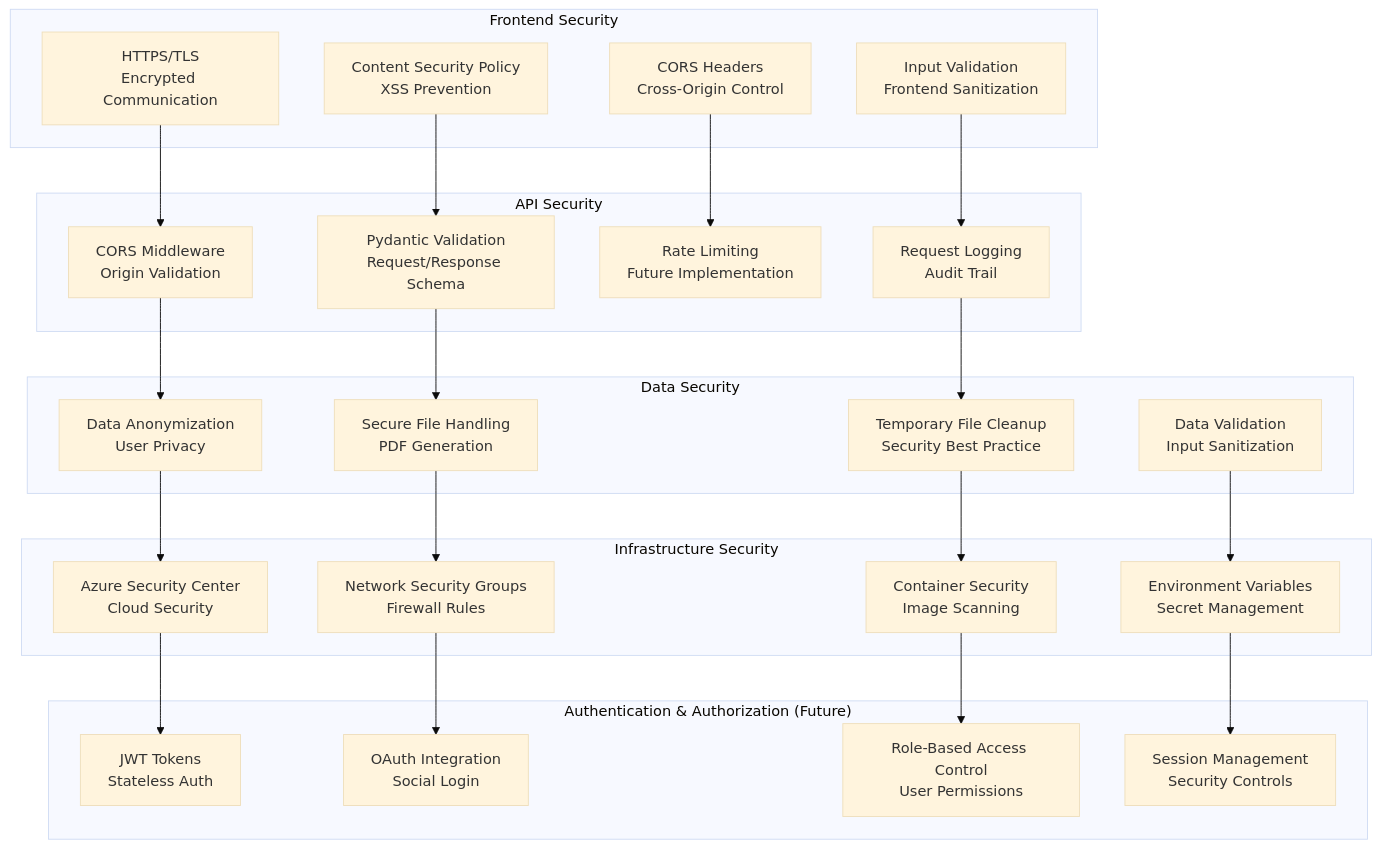
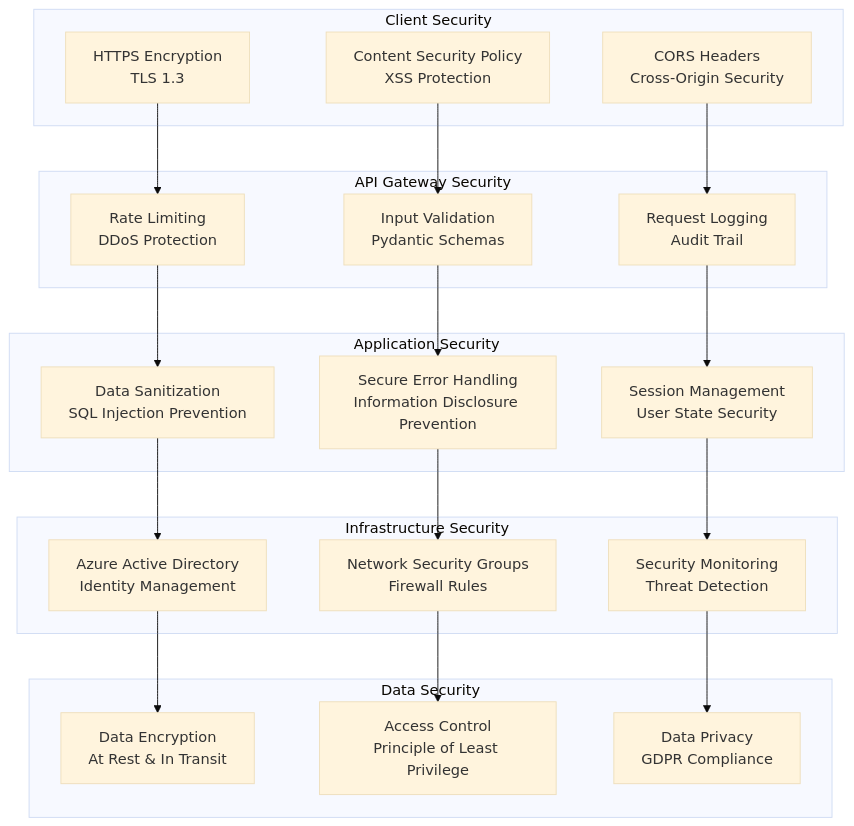
The seventh of 9 diagrams in SYSTEM_DIAGRAMS.md (raiigauravv/Smart-News-Recommendation-System), drawn with Mermaid (base theme) before and after one commit. The commit also changed other lines of this file, not shown here.

First line of the commit message:
fix: Complete rewrite of SYSTEM_DIAGRAMS.md with clean Mermaid syntax

````diff
--- a/SYSTEM_DIAGRAMS.md
+++ b/SYSTEM_DIAGRAMS.md
@@ -1110,56 +353,48 @@
 ```mermaid
-graph TB
-    subgraph "Frontend Security"
-        HTTPS[HTTPS/TLS<br/>Encrypted Communication]
-        CSP[Content Security Policy<br/>XSS Prevention]
-        CORS_Frontend[CORS Headers<br/>Cross-Origin Control]
-        InputValidation[Input Validation<br/>Frontend Sanitization]
+flowchart TB
+    subgraph Client["Client Security"]
+        HTTPS["HTTPS Encryption<br/>TLS 1.3"]
+        CSP["Content Security Policy<br/>XSS Protection"]
+        CORS["CORS Headers<br/>Cross-Origin Security"]
     end
     
-    subgraph "API Security"
-        CORS_Backend[CORS Middleware<br/>Origin Validation]
-        PydanticValidation[Pydantic Validation<br/>Request/Response Schema]
-        RateLimiting[Rate Limiting<br/>Future Implementation]
-        RequestLogging[Request Logging<br/>Audit Trail]
+    subgraph APIGateway["API Gateway Security"]
+        RateLimit["Rate Limiting<br/>DDoS Protection"]
+        InputValidation["Input Validation<br/>Pydantic Schemas"]
+        RequestLogging["Request Logging<br/>Audit Trail"]
     end
     
-    subgraph "Data Security"
-        DataAnonymization[Data Anonymization<br/>User Privacy]
-        SecureFileHandling[Secure File Handling<br/>PDF Generation]
-        TempFileCleanup[Temporary File Cleanup<br/>Security Best Practice]
-        DataValidation[Data Validation<br/>Input Sanitization]
+    subgraph Application["Application Security"]
+        DataSanitization["Data Sanitization<br/>SQL Injection Prevention"]
+        ErrorHandling["Secure Error Handling<br/>Information Disclosure Prevention"]
+        SessionManagement["Session Management<br/>User State Security"]
     end
     
-    subgraph "Infrastructure Security"
-        AzureSecurity[Azure Security Center<br/>Cloud Security]
-        NetworkSecurity[Network Security Groups<br/>Firewall Rules]
-        ContainerSecurity[Container Security<br/>Image Scanning]
-        EnvironmentVars[Environment Variables<br/>Secret Management]
+    subgraph Infrastructure["Infrastructure Security"]
+        AzureAD["Azure Active Directory<br/>Identity Management"]
+        NetworkSecurity["Network Security Groups<br/>Firewall Rules"]
+        Monitoring["Security Monitoring<br/>Threat Detection"]
     end
     
-    subgraph "Authentication & Authorization (Future)"
-        JWT[JWT Tokens<br/>Stateless Auth]
-        OAuth[OAuth Integration<br/>Social Login]
-        RBAC[Role-Based Access Control<br/>User Permissions]
-        SessionManagement[Session Management<br/>Security Controls]
+    subgraph Data["Data Security"]
+        Encryption["Data Encryption<br/>At Rest & In Transit"]
+        AccessControl["Access Control<br/>Principle of Least Privilege"]
+        DataPrivacy["Data Privacy<br/>GDPR Compliance"]
     end
     
-    HTTPS --> CORS_Backend
-    CSP --> PydanticValidation
-    CORS_Frontend --> RateLimiting
-    InputValidation --> RequestLogging
+    HTTPS --> RateLimit
+    CSP --> InputValidation
+    CORS --> RequestLogging
     
-    CORS_Backend --> DataAnonymization
-    PydanticValidation --> SecureFileHandling
-    RequestLogging --> TempFileCleanup
+    RateLimit --> DataSanitization
+    InputValidation --> ErrorHandling
+    RequestLogging --> SessionManagement
     
-    DataAnonymization --> AzureSecurity
-    SecureFileHandling --> NetworkSecurity
-    TempFileCleanup --> ContainerSecurity
-    DataValidation --> EnvironmentVars
+    DataSanitization --> AzureAD
+    ErrorHandling --> NetworkSecurity
+    SessionManagement --> Monitoring
     
-    AzureSecurity --> JWT
-    NetworkSecurity --> OAuth
-    ContainerSecurity --> RBAC
-    EnvironmentVars --> SessionManagement
+    AzureAD --> Encryption
+    NetworkSecurity --> AccessControl
+    Monitoring --> DataPrivacy
 ```
````
